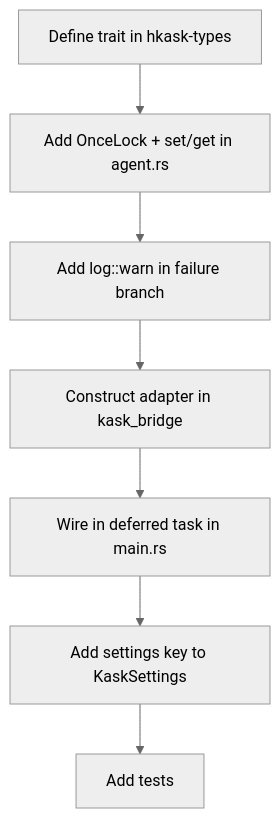
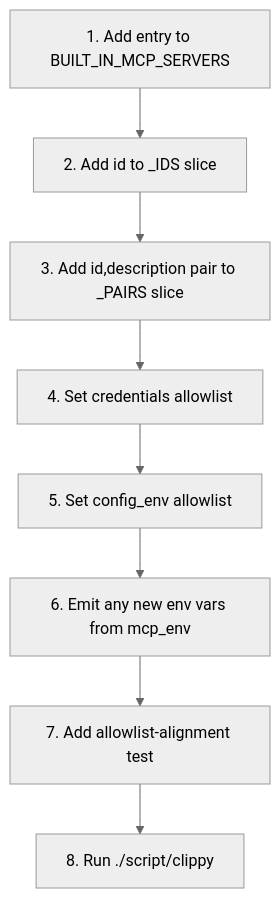
The diagram in kask/docs/diataxis/kask_bridge/how-to.md (mdz-axo/zed-kask), drawn with Mermaid (neutral theme) before and after one commit. The commit also changed other lines of this file and 24 other files, not shown here.

````diff
--- a/kask/docs/diataxis/kask_bridge/how-to.md
+++ b/kask/docs/diataxis/kask_bridge/how-to.md
@@ -33,9 +42,10 @@
 ```mermaid
 flowchart TD
-    A[Define trait in hkask-types] --> B[Add OnceLock + set/get in agent.rs]
-    B --> C[Add log::warn in failure branch]
-    C --> D[Construct adapter in kask_bridge]
-    D --> E[Wire in deferred task in main.rs]
-    E --> F[Add settings key to KaskSettings]
-    F --> G[Add tests]
+    A[1. Add entry to BUILT_IN_MCP_SERVERS] --> B[2. Add id to _IDS slice]
+    B --> C[3. Add id,description pair to _PAIRS slice]
+    C --> D[4. Set credentials allowlist]
+    D --> E[5. Set config_env allowlist]
+    E --> F[6. Emit any new env vars from mcp_env]
+    F --> G[7. Add allowlist-alignment test]
+    G --> H[8. Run ./script/clippy]
 ```
````
